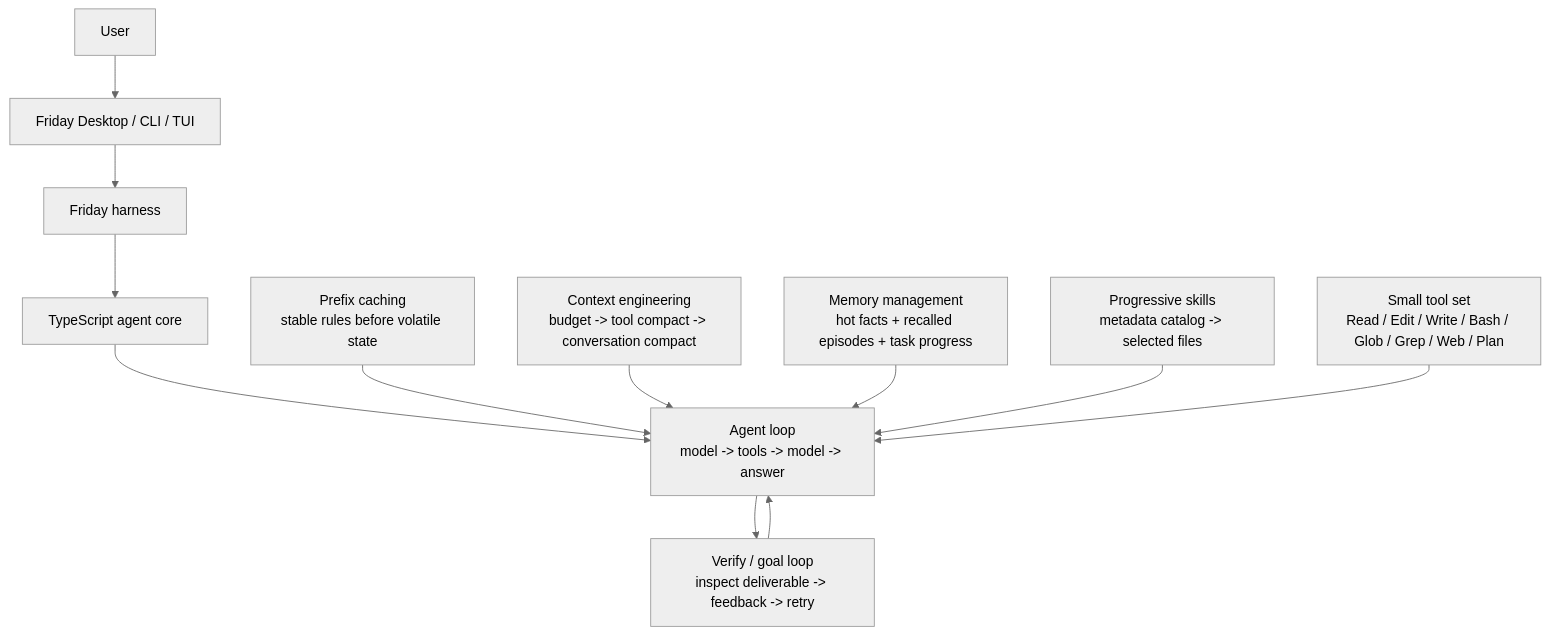
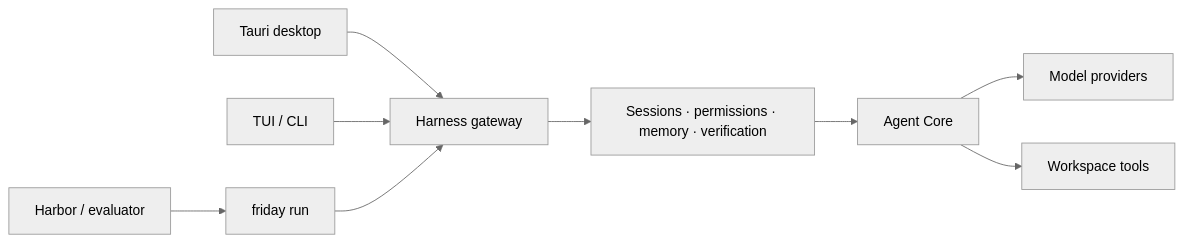
The diagram in README.md (Lancetwang/friday), drawn with Mermaid (neutral theme) before and after one commit. The commit also changed other lines of this file and 1 other file, not shown here.

````diff
--- a/README.md
+++ b/README.md
@@ -89,16 +110,10 @@
 ```mermaid
-flowchart TD
-    User["User"] --> Surface["Friday Desktop / CLI / TUI"]
-    Surface --> Harness["Friday harness"]
-    Harness --> Core["TypeScript agent core"]
-
-    Core --> AgentLoop["Agent loop<br/>model -> tools -> model -> answer"]
-    AgentLoop --> OuterLoop["Verify / goal loop<br/>inspect deliverable -> feedback -> retry"]
-    OuterLoop --> AgentLoop
-
-    Prefix["Prefix caching<br/>stable rules before volatile state"] --> AgentLoop
-    Context["Context engineering<br/>budget -> tool compact -> conversation compact"] --> AgentLoop
-    Memory["Memory management<br/>hot facts + recalled episodes + task progress"] --> AgentLoop
-    Skills["Progressive skills<br/>metadata catalog -> selected files"] --> AgentLoop
-    Tools["Small tool set<br/>Read / Edit / Write / Bash / Glob / Grep / Web / Plan"] --> AgentLoop
+flowchart LR
+    Desktop["Tauri desktop"] --> Gateway["Harness gateway"]
+    TUI["TUI / CLI"] --> Gateway
+    Eval["Harbor / evaluator"] --> Run["friday run"] --> Gateway
+    Gateway --> Harness["Sessions · permissions · memory · verification"]
+    Harness --> Core["Agent Core"]
+    Core --> Models["Model providers"]
+    Core --> Tools["Workspace tools"]
 ```
````
